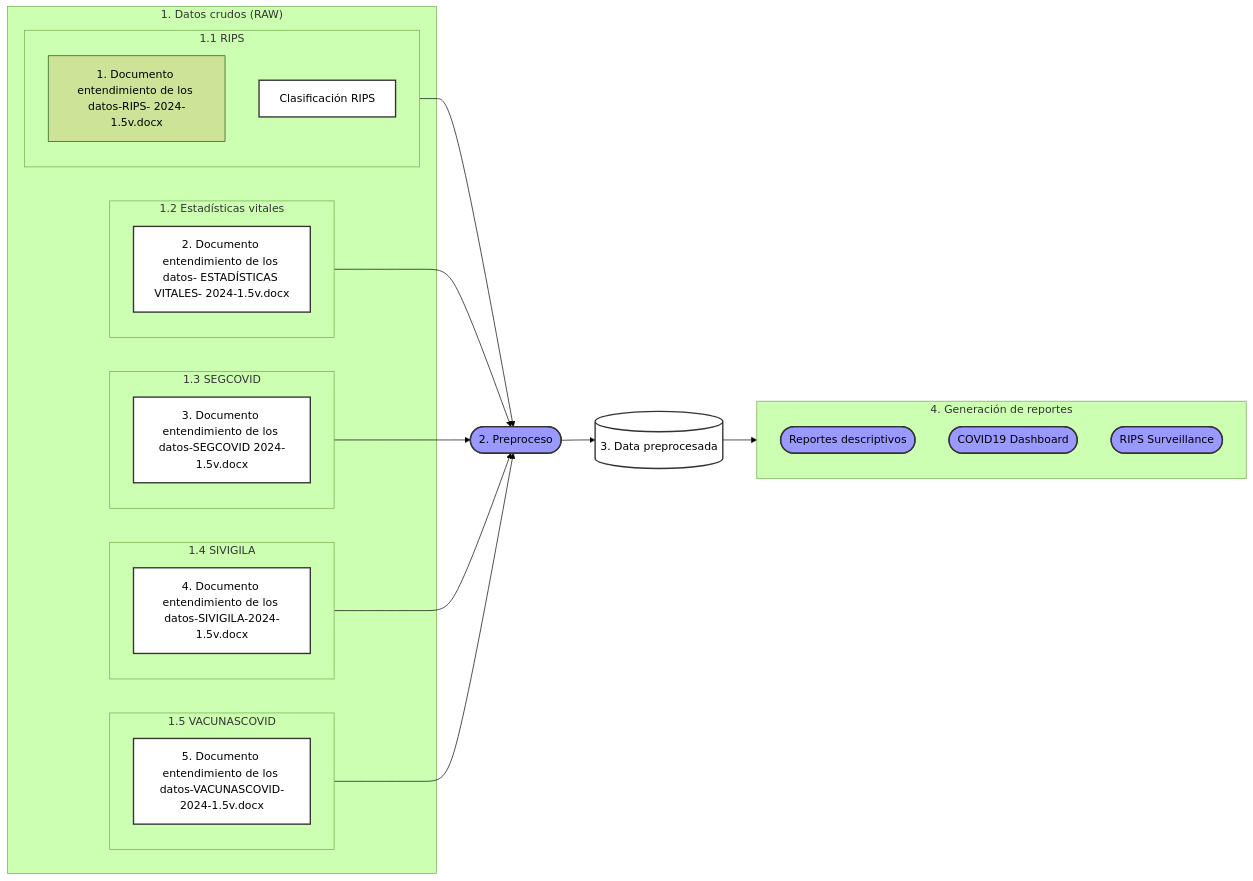
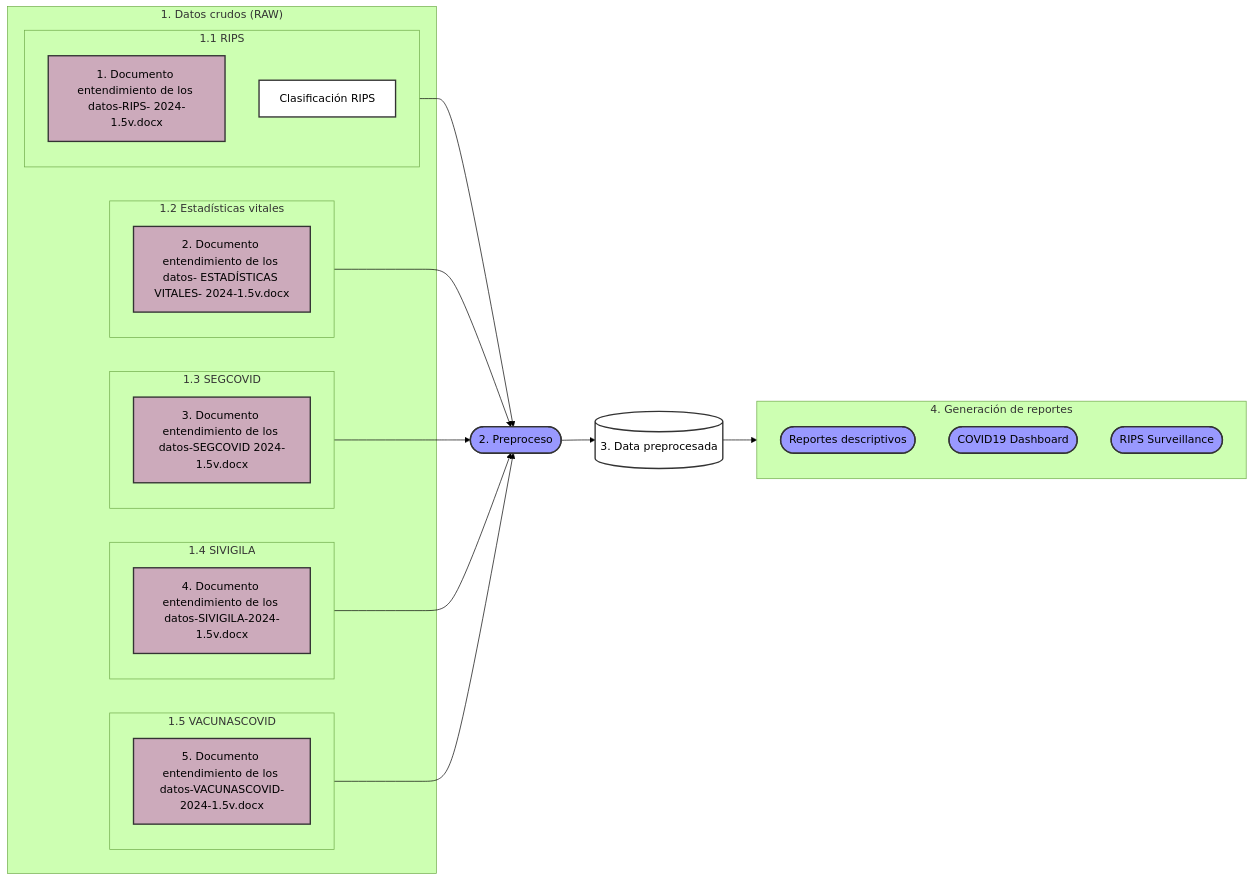
One commit to AGORA-COL/.github changed the diagram in profile/DataLake/FlujoDatos.md. Above: the diagram before and after it, drawn with Mermaid (forest theme).

````diff
--- a/profile/DataLake/FlujoDatos.md
+++ b/profile/DataLake/FlujoDatos.md
@@ -8,66 +8,68 @@
 ```mermaid
 flowchart LR
     subgraph R["1. Datos crudos (RAW)"]
         subgraph A[1.1 RIPS]
             DRIPS1[1. Documento entendimiento de los datos-RIPS- 2024-1.5v.docx]
             CRIPS1[Clasificación RIPS]
         end
         subgraph B[1.2 Estadísticas vitales]
             DRIPS2[2. Documento entendimiento de los datos- ESTADÍSTICAS VITALES- 2024-1.5v.docx]
         end
         subgraph C[1.3 SEGCOVID]
             DRIPS3[3. Documento entendimiento de los datos-SEGCOVID 2024-1.5v.docx]
         end
         subgraph D[1.4 SIVIGILA]
             DRIPS4[4. Documento entendimiento de los datos-SIVIGILA-2024-1.5v.docx]
         end
         subgraph E[1.5 VACUNASCOVID]
             DRIPS5[5. Documento entendimiento de los datos-VACUNASCOVID-2024-1.5v.docx]
         end
     end
 
     P([2. Preproceso])
     DP[("3. Data preprocesada")]
     subgraph G["4. Generación de reportes"]
         RD([Reportes descriptivos])
         DB([COVID19 Dashboard])
         RS([RIPS Surveillance])
     end
 
 
     A --> P
     B --> P
     C --> P
     D --> P
     E --> P
 
     P --> DP
     
     DP --> G
 
 
     classDef data fill:#fff,stroke:#333,stroke-width:2px,color:#000;
+    classDef doc fill:#cab,stroke:#333,stroke-width:2px,color:#000;
     classDef process fill:#99f,stroke:#333,stroke-width:2px,color:black;
     classDef repository fill:#fff,stroke:#333,stroke-width:2px,stroke: 5 5,color:#000;
     classDef process2 fill:green,stroke:#333,stroke-width:2px,color:#000;
     classDef report fill:#aeb,stroke:#333,stroke-width:2px,color:#000;
 
-    class DIRPS1,DRIPS2,DRIPS3,DRIPS4,DRIPS5,CRIPS1 repository;
+    class DRIPS1,DRIPS2,DRIPS3,DRIPS4,DRIPS5 doc;
+    class CRIPS1 data;
     class P process;
     class DP repository;
     class RD,DB,RS process
 
     click P "https://github.com/AGORA-COL/Data_lake"
 
     click DRIPS1 "https://docs.google.com/document/d/1v1sbOreJdBO0SDKUqhwKxVJw9MxYego8/view"
-    click CRIPS1 "https://drive.google.com/drive/folders/1pApPVLWTkwgCbYgMG0tAWkvJDn2RRe1K"
-
     click DRIPS2 "https://docs.google.com/document/d/1iS1R8nHHWaVkTCsxTbTI5t9atf6AJeuR/view"
     click DRIPS3 "https://docs.google.com/document/d/1ErjxN7yliQpPZoOO_h-7L-Qg5XQCONbd/view"
     click DRIPS4 "https://docs.google.com/document/d/17mFQoDqTd8Azzy9971D3XkibAzFu6egv/view"
     click DRIPS5 "https://docs.google.com/document/d/1kIC2y6j7VdZ7J-GziTIGz7EuRUx8Aec9/view"
 
+    click CRIPS1 "https://drive.google.com/drive/folders/1pApPVLWTkwgCbYgMG0tAWkvJDn2RRe1K"
+
     click RD "https://github.com/AGORA-COL/dl-covid19-descriptive-reports"
     click DB "https://github.com/AGORA-COL/dl-covid19-col-dashboard"
     click RS "https://github.com/AGORA-COL/quality-rips-surveillance"
 ```
````
